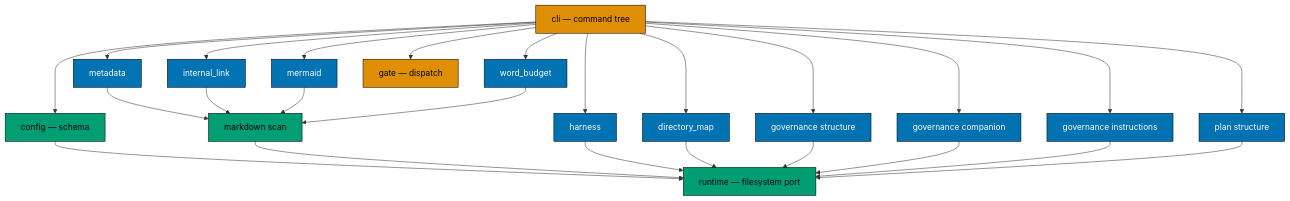
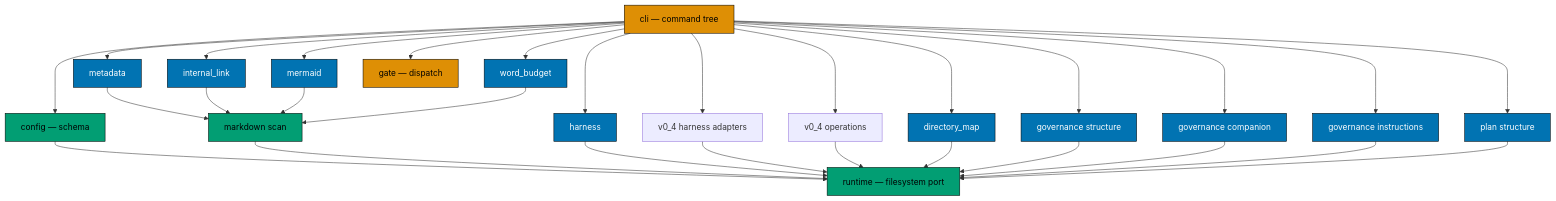
One commit to wahidyankf/rhino changed the third of 3 diagrams in specs/architecture.md. Above: the diagram before and after it, drawn with Mermaid. The commit also changed other lines of this file and 81 other files, not shown here.

````diff
--- a/specs/architecture.md
+++ b/specs/architecture.md
@@ -66,52 +70,58 @@
 ```mermaid
 graph TD
     Cli["cli — command tree"]
     Runtime["runtime — filesystem port"]
     ConfigMod["config — schema"]
     Scan["markdown scan"]
     Link["internal_link"]
     Mermaid["mermaid"]
     Word["word_budget"]
     Map["directory_map"]
     Harness["harness"]
+    Adapter["v0_4 harness adapters"]
+    Operations["v0_4 operations"]
     Metadata["metadata"]
     Gate["gate — dispatch"]
     Structure["governance structure"]
     Companion["governance companion"]
     Instructions["governance instructions"]
     PlanMod["plan structure"]
 
     Cli --> ConfigMod
     Cli --> Link
     Cli --> Mermaid
     Cli --> Word
     Cli --> Map
     Cli --> Harness
+    Cli --> Adapter
+    Cli --> Operations
     Cli --> Metadata
     Cli --> Gate
     Cli --> Structure
     Cli --> Companion
     Cli --> Instructions
     Cli --> PlanMod
     ConfigMod --> Runtime
     Scan --> Runtime
     Harness --> Runtime
+    Adapter --> Runtime
+    Operations --> Runtime
     Map --> Runtime
     Metadata --> Scan
     Structure --> Runtime
     Companion --> Runtime
     Instructions --> Runtime
     PlanMod --> Runtime
     Link --> Scan
     Mermaid --> Scan
     Word --> Scan
 
     classDef entry fill:#DE8F05,stroke:#000000,color:#000000
     classDef check fill:#0173B2,stroke:#000000,color:#FFFFFF
     classDef shared fill:#029E73,stroke:#000000,color:#000000
 
     class Cli entry
     class Link,Mermaid,Word,Map,Harness,Metadata,Structure,Companion,Instructions,PlanMod check
     class Gate entry
     class ConfigMod,Runtime,Scan shared
 ```
````
